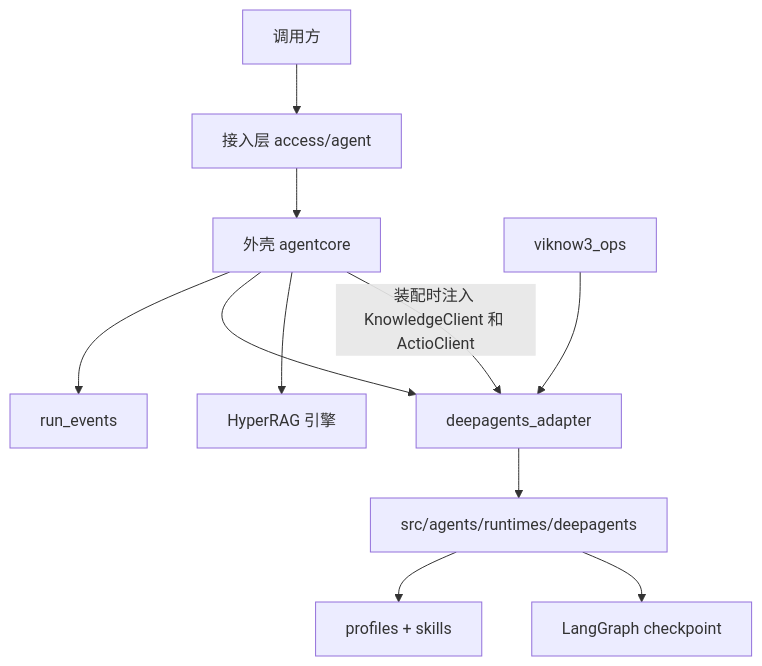
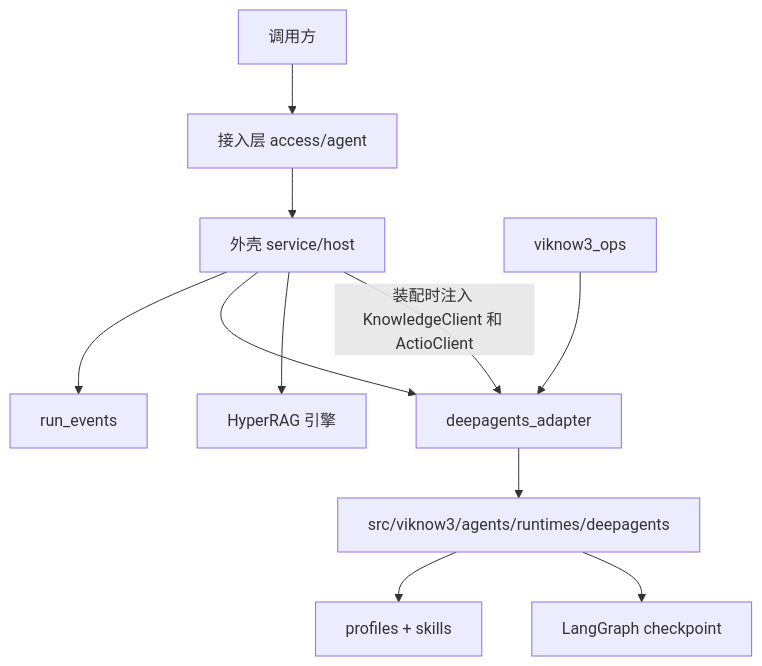
Before and after one commit to bigwubro/viknow-cloud-agent-bridge: the first of 3 diagrams in viknow3-work/docs/agent/runtime.md, drawn with Mermaid. The commit also changed other lines of this file and 364 other files, not shown here.

First line of the commit message:
Move agent code under viknow3 and rename the host service.

````diff
--- a/viknow3-work/docs/agent/runtime.md
+++ b/viknow3-work/docs/agent/runtime.md
@@ -17,22 +17,22 @@
 ```mermaid
 flowchart TB
   caller["调用方"]
   access["接入层 access/agent"]
-  shell["外壳 agentcore"]
+  shell["外壳 service/host"]
   events["run_events"]
   adapter["deepagents_adapter"]
-  runtime["src/agents/runtimes/deepagents"]
+  runtime["src/viknow3/agents/runtimes/deepagents"]
   pkg["profiles + skills"]
   ckpt["LangGraph checkpoint"]
   ops["viknow3_ops"]
   engine["HyperRAG 引擎"]
 
   caller --> access --> shell
   shell --> events
   shell --> adapter --> runtime
   runtime --> pkg
   runtime --> ckpt
   ops --> adapter
   shell --> engine
   shell -->|"装配时注入 KnowledgeClient 和 ActioClient"| adapter
 ```
````
